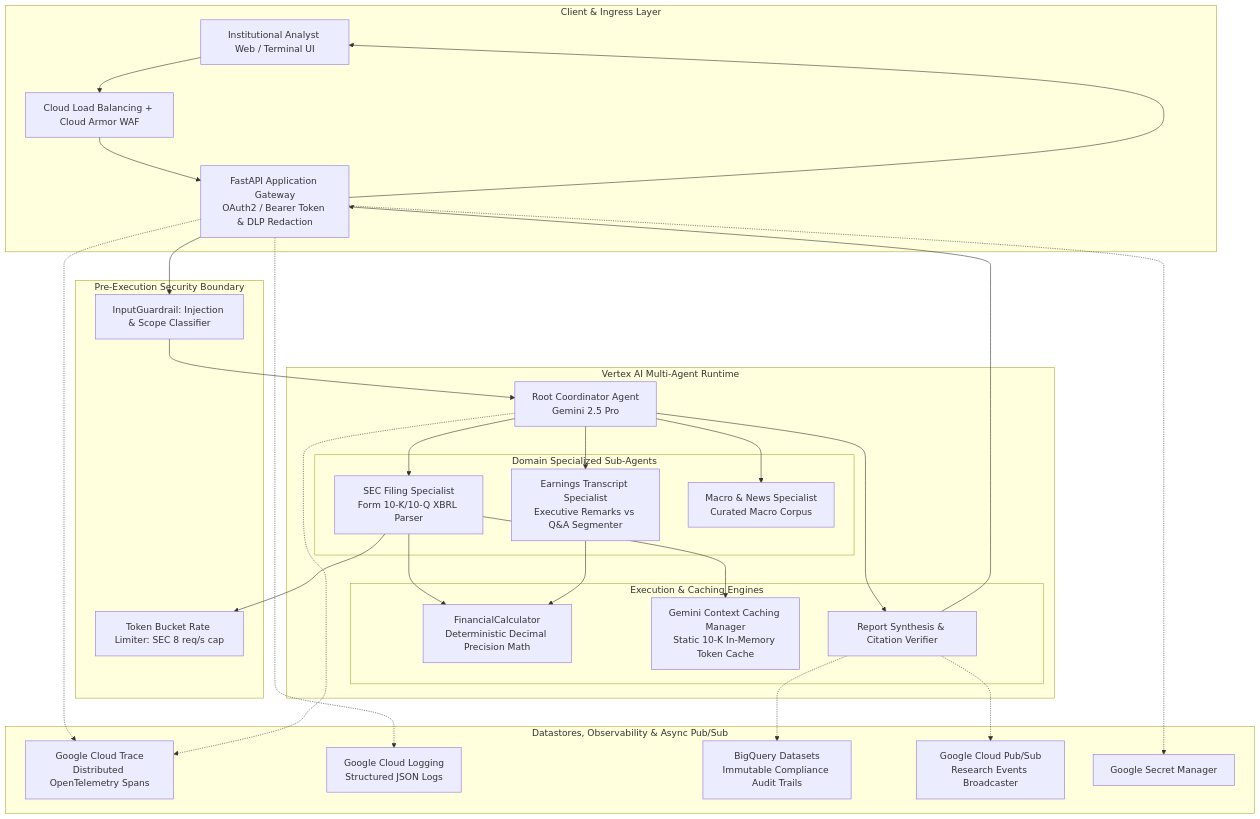
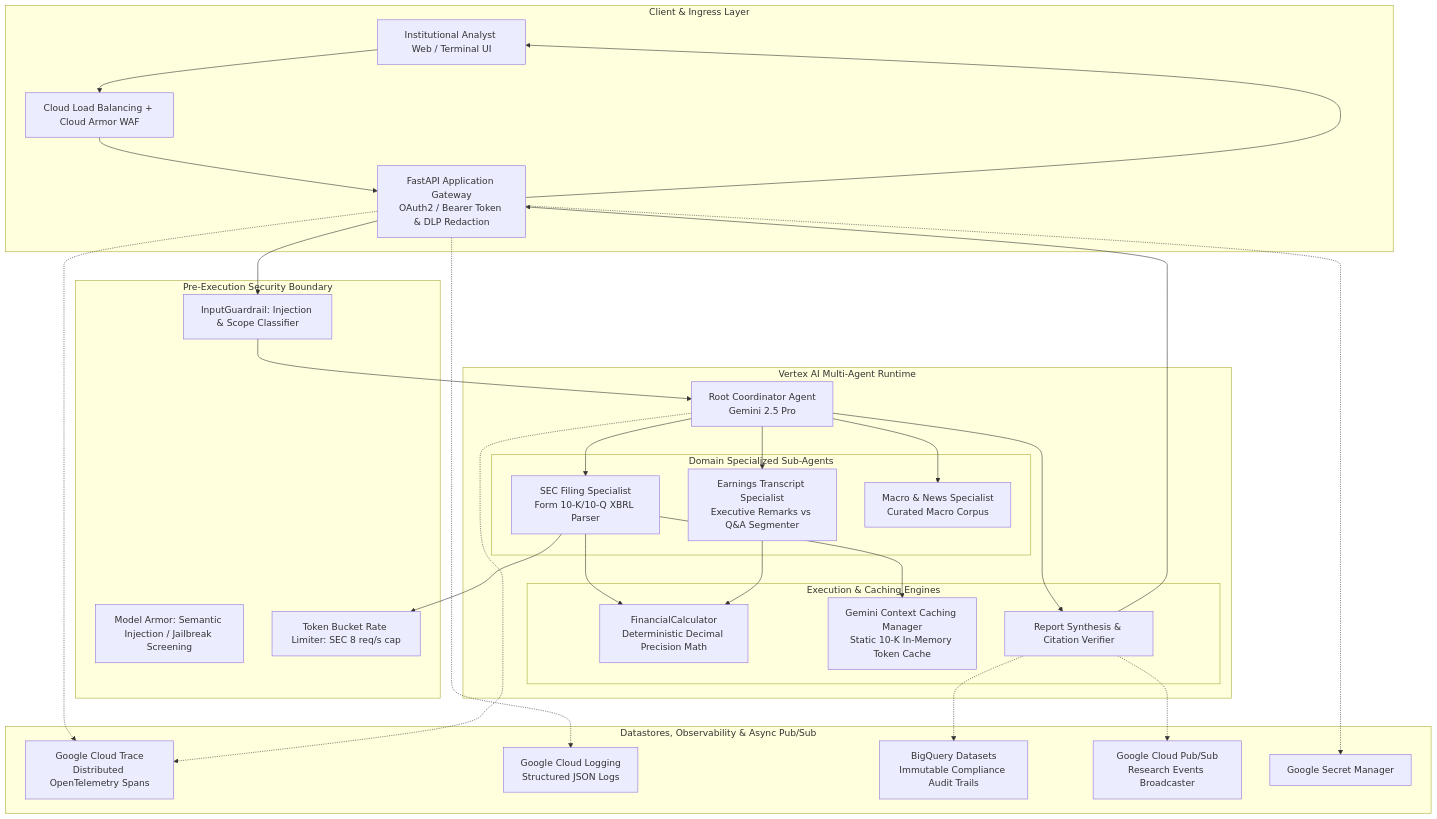
One commit to Ignotus-21/Finance-Agent---Investment-Research-Agent changed the first of 6 diagrams in docs/tdd_part1_system_architecture.md. Above: the diagram before and after it, drawn with Mermaid. The commit also changed other lines of this file and 23 other files, not shown here.

````diff
--- a/docs/tdd_part1_system_architecture.md
+++ b/docs/tdd_part1_system_architecture.md
@@ -17,57 +17,58 @@
 ```mermaid
 graph TB
     subgraph ClientAndIngress [Client & Ingress Layer]
         Client[Institutional Analyst Web / Terminal UI]
         LoadBalancer[Cloud Load Balancing + Cloud Armor WAF]
         FastAPIGateway[FastAPI Application Gateway<br/>OAuth2 / Bearer Token & DLP Redaction]
     end
 
     subgraph SecurityBoundary [Pre-Execution Security Boundary]
         InputGuard[InputGuardrail: Injection & Scope Classifier]
+        ModelArmor[Model Armor: Semantic Injection / Jailbreak Screening]
         RateLimiter[Token Bucket Rate Limiter: SEC 8 req/s cap]
     end
 
     subgraph AgentRuntime [Vertex AI Multi-Agent Runtime]
         RootAgent[Root Coordinator Agent<br/>Gemini 2.5 Pro]
 
         subgraph SpecializedAgents [Domain Specialized Sub-Agents]
             SECAgent[SEC Filing Specialist<br/>Form 10-K/10-Q XBRL Parser]
             TranscriptAgent[Earnings Transcript Specialist<br/>Executive Remarks vs Q&A Segmenter]
             MacroAgent[Macro & News Specialist<br/>Curated Macro Corpus]
         end
 
         subgraph CoreEngines [Execution & Caching Engines]
             CalcEngine[FinancialCalculator<br/>Deterministic Decimal Precision Math]
             ContextCacheEngine[Gemini Context Caching Manager<br/>Static 10-K In-Memory Token Cache]
             SynthesisEngine[Report Synthesis & Citation Verifier]
         end
     end
 
     subgraph DatastoresAndOps [Datastores, Observability & Async Pub/Sub]
         CloudTrace[Google Cloud Trace<br/>Distributed OpenTelemetry Spans]
         CloudLogging[Google Cloud Logging<br/>Structured JSON Logs]
         BigQueryAudit[BigQuery Datasets<br/>Immutable Compliance Audit Trails]
         PubSubBroker[Google Cloud Pub/Sub<br/>Research Events Broadcaster]
         SecretManager[Google Secret Manager]
     end
 
     Client --> LoadBalancer --> FastAPIGateway
     FastAPIGateway --> InputGuard --> RootAgent
     RootAgent --> SECAgent
     RootAgent --> TranscriptAgent
     RootAgent --> MacroAgent
     SECAgent --> RateLimiter
     SECAgent --> ContextCacheEngine
     SECAgent --> CalcEngine
     TranscriptAgent --> CalcEngine
     RootAgent --> SynthesisEngine
     SynthesisEngine --> FastAPIGateway
     FastAPIGateway --> Client
 
     FastAPIGateway -.-> CloudTrace
     RootAgent -.-> CloudTrace
     FastAPIGateway -.-> CloudLogging
     SynthesisEngine -.-> BigQueryAudit
     SynthesisEngine -.-> PubSubBroker
     FastAPIGateway -.-> SecretManager
 ```
````
